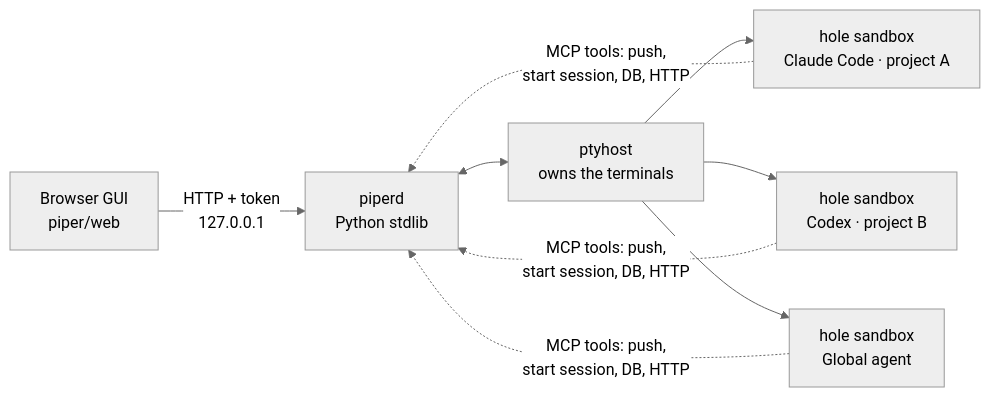
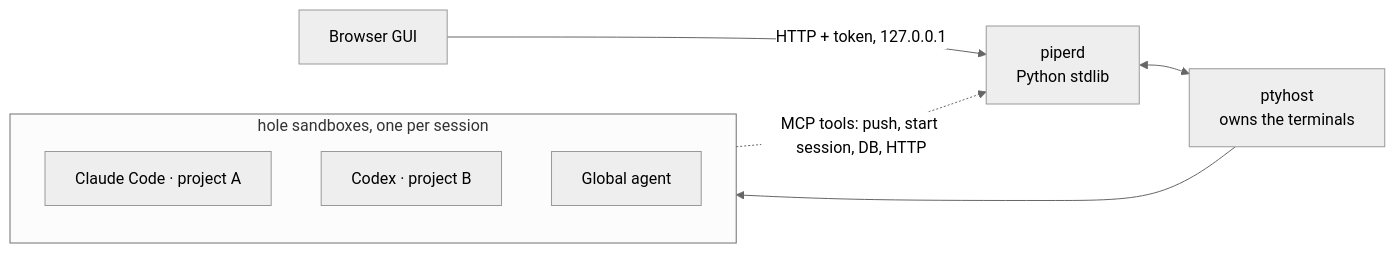
One commit to Kamest/Piper changed the diagram in README.md. Above: the diagram before and after it, drawn with Mermaid (neutral theme).

Commit message:
docs: simpler architecture diagram
Claude-Session: https://claude.ai/code/session_01Jyd8PEYyFnPzS6d9oSRDeW

````diff
--- a/README.md
+++ b/README.md
@@ -97,9 +97,13 @@
 ```mermaid
 flowchart LR
-  B["Browser GUI<br/>piper/web"] -- "HTTP + token<br/>127.0.0.1" --> D["piperd<br/>Python stdlib"]
+  B["Browser GUI"] -- "HTTP + token, 127.0.0.1" --> D["piperd<br/>Python stdlib"]
   D <--> P["ptyhost<br/>owns the terminals"]
-  P --> S1["hole sandbox<br/>Claude Code · project A"]
-  P --> S2["hole sandbox<br/>Codex · project B"]
-  P --> G["hole sandbox<br/>Global agent"]
-  S1 & S2 & G -. "MCP tools: push,<br/>start session, DB, HTTP" .-> D
+  P --> SB
+  subgraph SB["hole sandboxes, one per session"]
+    direction TB
+    S1["Claude Code · project A"]
+    S2["Codex · project B"]
+    G["Global agent"]
+  end
+  SB -. "MCP tools: push, start session, DB, HTTP" .-> D
 ```
````
